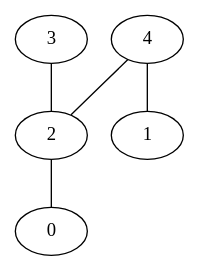
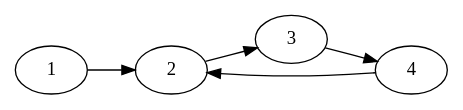
One commit to hgoose/Northern-Illinois-University-Computer-Science-Undergrad-2023 changed the diagram in CS/lang/graphviz/graphs/2/main.dot. Above: the diagram before and after it, drawn with Graphviz. The commit also changed 94 other files, not shown here.

```diff
--- a/CS/lang/graphviz/graphs/2/main.dot
+++ b/CS/lang/graphviz/graphs/2/main.dot
@@ -1,5 +1,7 @@
-graph g {
-    2 -- 0;
-    3 -- 2;
-    4 -- {1,2};
+digraph g {
+    rankdir=LR
+    1 -> 2
+    2 -> 3
+    3 -> 4
+    4 -> 2
 }
```
